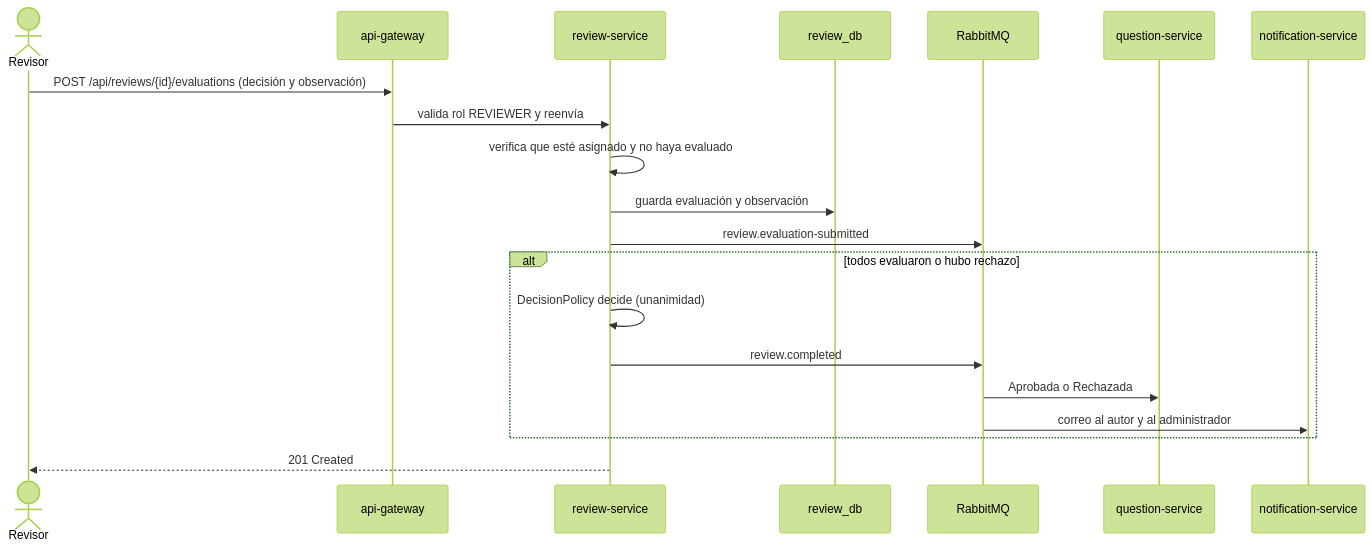
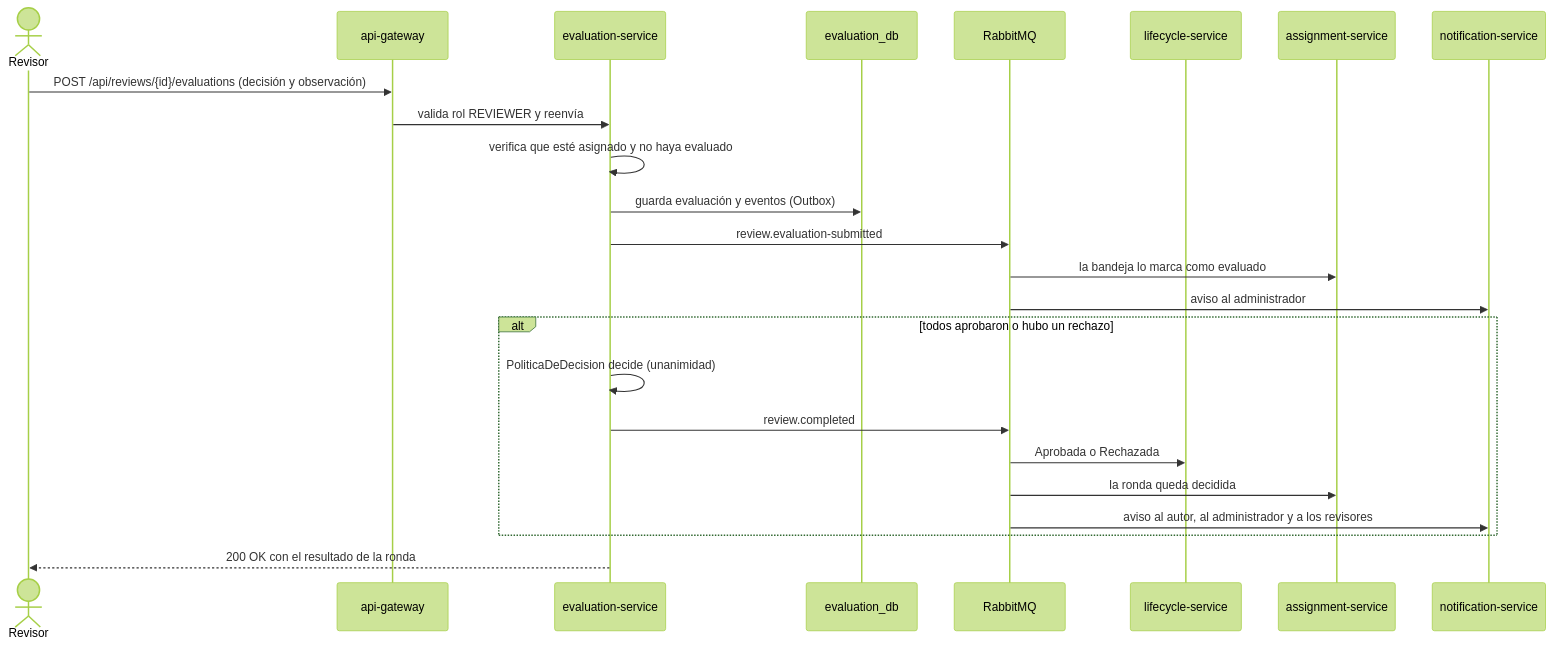
Diagram 12 of 27 in docs/corte-2/03-arquitectura-c4-uml.md (DVLASZ/banco-preguntas-saberpro), drawn with Mermaid (forest theme) before and after one commit. The commit also changed other lines of this file and 83 other files, not shown here.

Commit message:
Documentación de la arquitectura de 14 servicios: historias, contextos y eventos, C4, patrones y prototipos, con todos los diagramas

````diff
--- a/docs/corte-2/03-arquitectura-c4-uml.md
+++ b/docs/corte-2/03-arquitectura-c4-uml.md
@@ -212,22 +413,26 @@
 ```mermaid
 sequenceDiagram
   actor REV as Revisor
   participant GW as api-gateway
-  participant RS as review-service
-  participant DB as review_db
+  participant ES as evaluation-service
+  participant DB as evaluation_db
   participant MQ as RabbitMQ
-  participant QS as question-service
+  participant LS as lifecycle-service
+  participant AS as assignment-service
   participant NS as notification-service
   REV->>GW: POST /api/reviews/{id}/evaluations (decisión y observación)
-  GW->>RS: valida rol REVIEWER y reenvía
-  RS->>RS: verifica que esté asignado y no haya evaluado
-  RS->>DB: guarda evaluación y observación
-  RS->>MQ: review.evaluation-submitted
-  alt todos evaluaron o hubo rechazo
-    RS->>RS: DecisionPolicy decide (unanimidad)
-    RS->>MQ: review.completed
-    MQ->>QS: Aprobada o Rechazada
-    MQ->>NS: correo al autor y al administrador
+  GW->>ES: valida rol REVIEWER y reenvía
+  ES->>ES: verifica que esté asignado y no haya evaluado
+  ES->>DB: guarda evaluación y eventos (Outbox)
+  ES->>MQ: review.evaluation-submitted
+  MQ->>AS: la bandeja lo marca como evaluado
+  MQ->>NS: aviso al administrador
+  alt todos aprobaron o hubo un rechazo
+    ES->>ES: PoliticaDeDecision decide (unanimidad)
+    ES->>MQ: review.completed
+    MQ->>LS: Aprobada o Rechazada
+    MQ->>AS: la ronda queda decidida
+    MQ->>NS: aviso al autor, al administrador y a los revisores
   end
-  RS-->>REV: 201 Created
+  ES-->>REV: 200 OK con el resultado de la ronda
 ```
````
